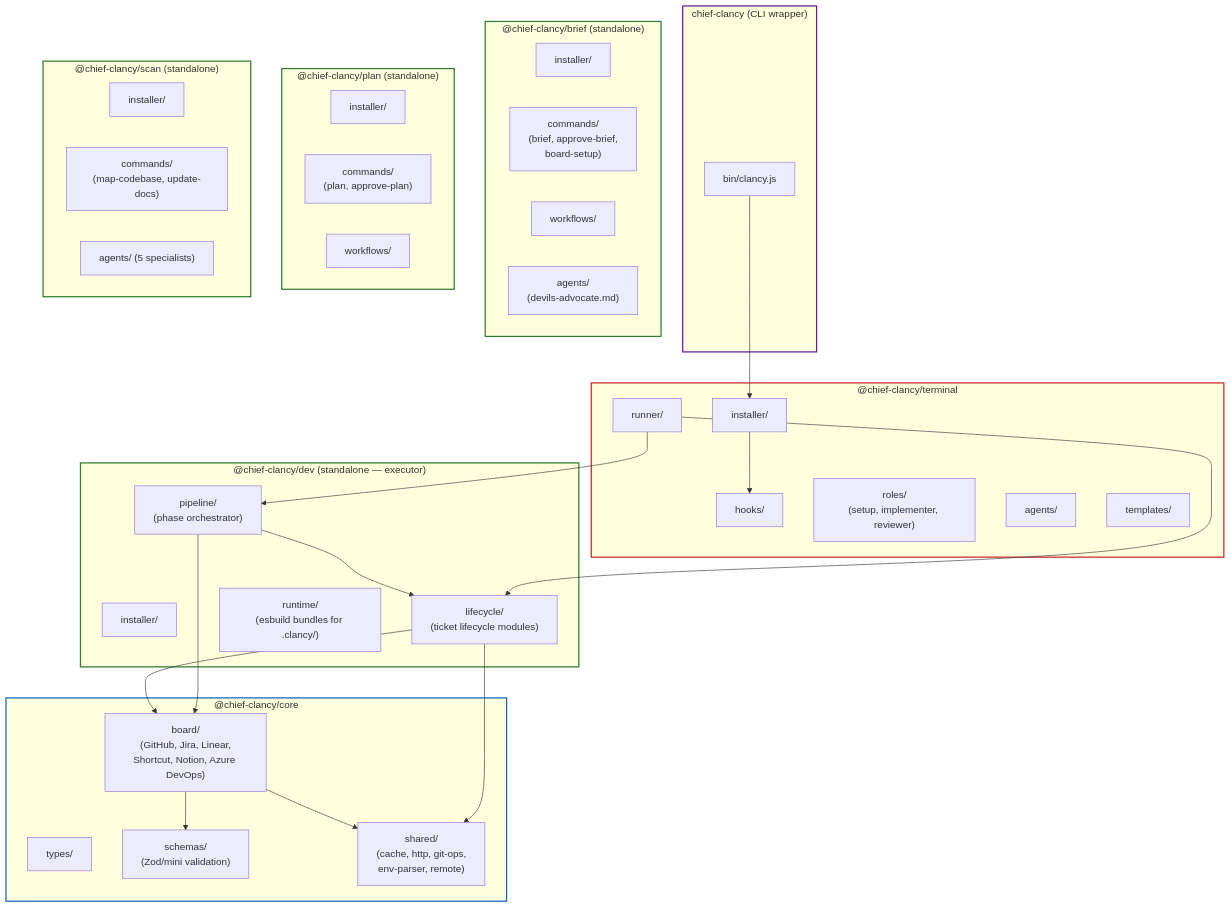
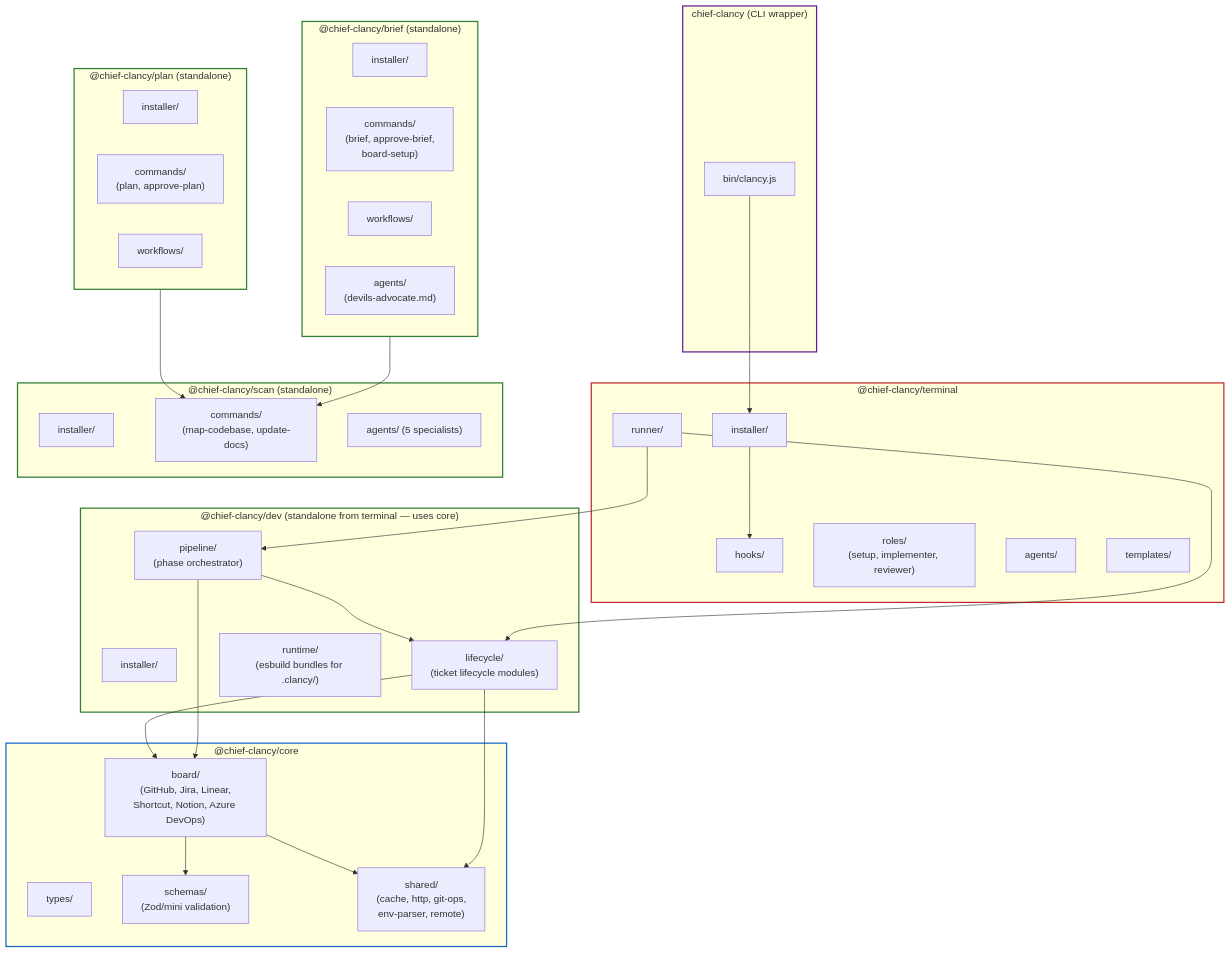
The first of 14 diagrams in docs/VISUAL-ARCHITECTURE.md (Pushedskydiver/chief-clancy), drawn with Mermaid before and after one commit. The commit also changed other lines of this file and 3 other files, not shown here.

````diff
--- a/docs/VISUAL-ARCHITECTURE.md
+++ b/docs/VISUAL-ARCHITECTURE.md
@@ -27,67 +33,69 @@
 ```mermaid
 graph TD
     subgraph chief["chief-clancy (CLI wrapper)"]
         bin["bin/clancy.js"]
     end
 
     subgraph terminal["@chief-clancy/terminal"]
         installer["installer/"]
         runner["runner/"]
         hooks["hooks/"]
         roles["roles/\n(setup, implementer, reviewer)"]
         agents["agents/"]
         templates["templates/"]
     end
 
     subgraph core["@chief-clancy/core"]
         board["board/\n(GitHub, Jira, Linear,\nShortcut, Notion, Azure DevOps)"]
         types["types/"]
         schemas["schemas/\n(Zod/mini validation)"]
         shared["shared/\n(cache, http, git-ops,\nenv-parser, remote)"]
     end
 
     subgraph brief["@chief-clancy/brief (standalone)"]
         briefInstaller["installer/"]
         briefCommands["commands/\n(brief, approve-brief,\nboard-setup)"]
         briefWorkflows["workflows/"]
         briefAgents["agents/\n(devils-advocate.md)"]
     end
 
     subgraph plan["@chief-clancy/plan (standalone)"]
         planInstaller["installer/"]
         planCommands["commands/\n(plan, approve-plan)"]
         planWorkflows["workflows/"]
     end
 
     subgraph scan["@chief-clancy/scan (standalone)"]
         scanInstaller["installer/"]
         scanCommands["commands/\n(map-codebase, update-docs)"]
         scanAgents["agents/ (5 specialists)"]
     end
 
-    subgraph dev["@chief-clancy/dev (standalone — executor)"]
+    subgraph dev["@chief-clancy/dev (standalone from terminal — uses core)"]
         devInstaller["installer/"]
         devPipeline["pipeline/\n(phase orchestrator)"]
         devLifecycle["lifecycle/\n(ticket lifecycle modules)"]
         devRuntime["runtime/\n(esbuild bundles for .clancy/)"]
     end
 
     bin --> installer
     installer --> hooks
     runner --> devPipeline
     runner --> devLifecycle
     devPipeline --> devLifecycle
     devPipeline --> board
     devLifecycle --> board
     devLifecycle --> shared
+    brief --> scanCommands
+    plan --> scanCommands
     board --> schemas
     board --> shared
 
     style chief stroke:#6a1b9a,stroke-width:2px
     style terminal stroke:#c62828,stroke-width:2px
     style core stroke:#1565c0,stroke-width:2px
     style brief stroke:#2e7d32,stroke-width:2px
     style plan stroke:#2e7d32,stroke-width:2px
     style scan stroke:#2e7d32,stroke-width:2px
     style dev stroke:#2e7d32,stroke-width:2px
 ```
````
